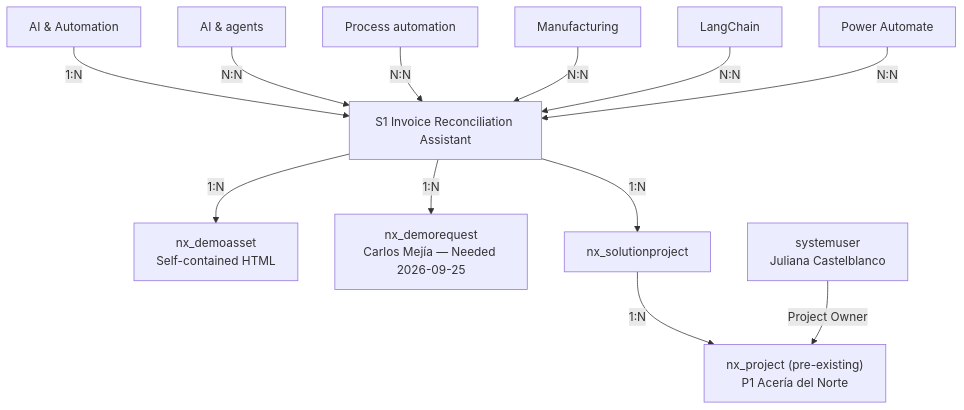
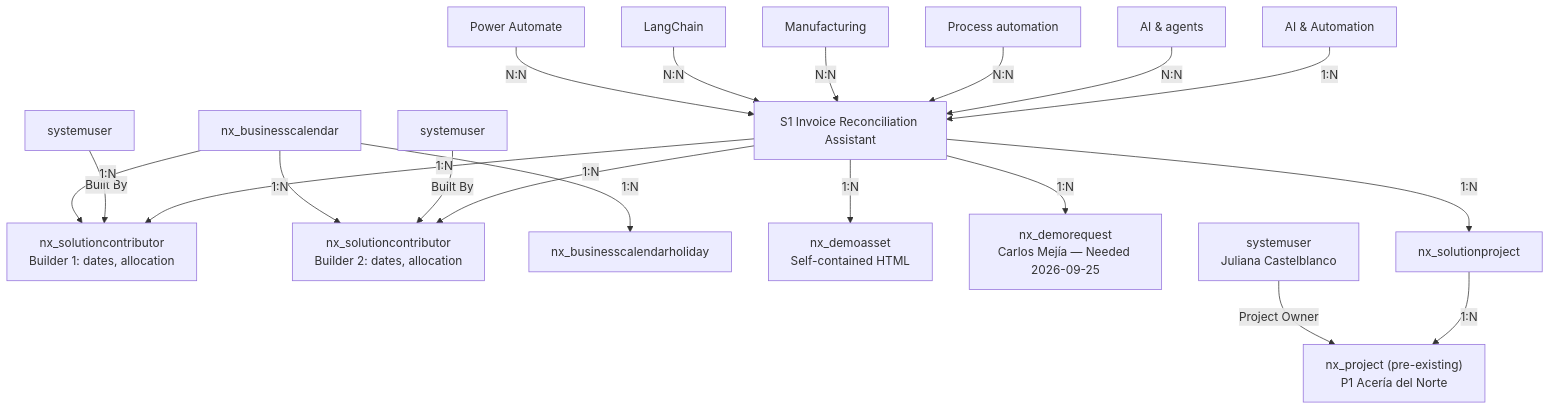
One commit to lpreciado-nextant/PRISMA changed the third of 3 diagrams in docs/data_model/SchemaV2.md. Above: the diagram before and after it, drawn with Mermaid. The commit also changed other lines of this file and 15 other files, not shown here.

Commit message:
docs: synchronize schemas and contributor effort guidance

````diff
--- a/docs/data_model/SchemaV2.md
+++ b/docs/data_model/SchemaV2.md
@@ -376,17 +459,24 @@
 ```mermaid
 graph TD
     S1["S1 Invoice Reconciliation Assistant"]
 
     SA1[AI & Automation] -- 1:N --> S1
     CAP1[AI & agents] -- N:N --> S1
     CAP2[Process automation] -- N:N --> S1
     IND1[Manufacturing] -- N:N --> S1
     TECH1[LangChain] -- N:N --> S1
     TECH2[Power Automate] -- N:N --> S1
 
+    S1 -- 1:N --> SC1["nx_solutioncontributor<br/>Builder 1: dates, allocation"]
+    S1 -- 1:N --> SC2["nx_solutioncontributor<br/>Builder 2: dates, allocation"]
+    Builder1[systemuser] -- "Built By" --> SC1
+    Builder2[systemuser] -- "Built By" --> SC2
+    Calendar[nx_businesscalendar] -- 1:N --> SC1
+    Calendar -- 1:N --> SC2
+    Calendar -- 1:N --> Holidays[nx_businesscalendarholiday]
     S1 -- 1:N --> DA1["nx_demoasset<br/>Self-contained HTML"]
     S1 -- 1:N --> DR1["nx_demorequest<br/>Carlos Mejía — Needed 2026-09-25"]
     S1 -- 1:N --> J1["nx_solutionproject"]
     J1 -- 1:N --> P1["nx_project (pre-existing)<br/>P1 Acería del Norte"]
     Owner["systemuser<br/>Juliana Castelblanco"] -- "Project Owner" --> P1
 ```
````
